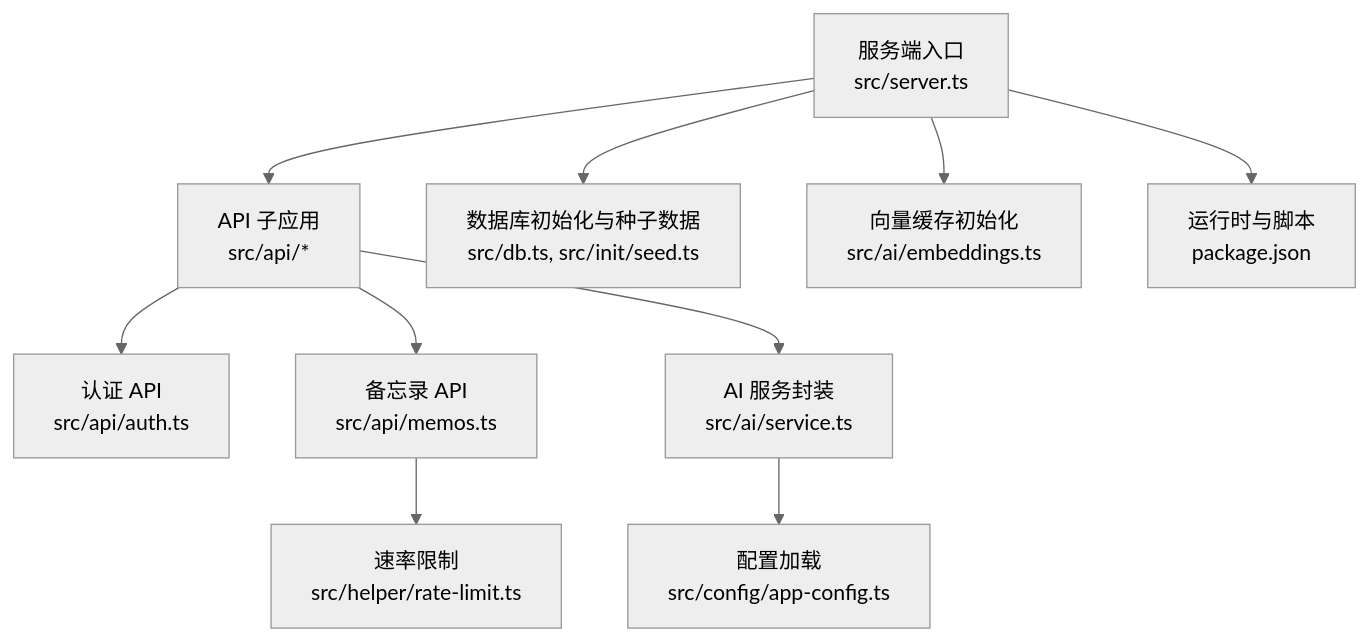
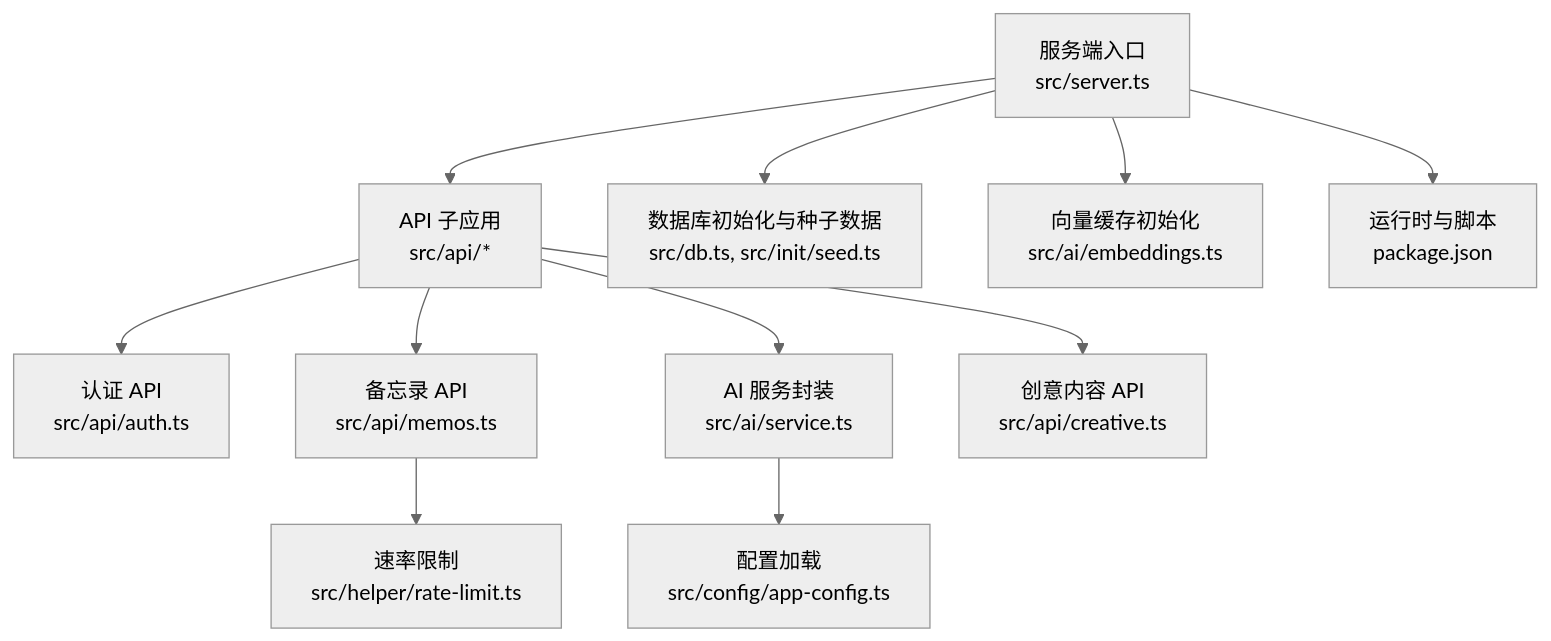
One commit to BlackBoxRecorder/memos changed the first of 8 diagrams in .qoder/repowiki/zh/content/故障排除.md. Above: the diagram before and after it, drawn with Mermaid (neutral theme). The commit also changed other lines of this file and 3 other files, not shown here.

````diff
--- a/.qoder/repowiki/zh/content/故障排除.md
+++ b/.qoder/repowiki/zh/content/故障排除.md
@@ -44,12 +46,13 @@
 ```mermaid
 graph TB
 A["服务端入口<br/>src/server.ts"] --> B["API 子应用<br/>src/api/*"]
 A --> C["数据库初始化与种子数据<br/>src/db.ts, src/init/seed.ts"]
 A --> D["向量缓存初始化<br/>src/ai/embeddings.ts"]
 B --> E["认证 API<br/>src/api/auth.ts"]
 B --> F["备忘录 API<br/>src/api/memos.ts"]
 B --> G["AI 服务封装<br/>src/ai/service.ts"]
-F --> H["速率限制<br/>src/helper/rate-limit.ts"]
-G --> I["配置加载<br/>src/config/app-config.ts"]
-A --> J["运行时与脚本<br/>package.json"]
+B --> H["创意内容 API<br/>src/api/creative.ts"]
+F --> I["速率限制<br/>src/helper/rate-limit.ts"]
+G --> J["配置加载<br/>src/config/app-config.ts"]
+A --> K["运行时与脚本<br/>package.json"]
 ```
````
